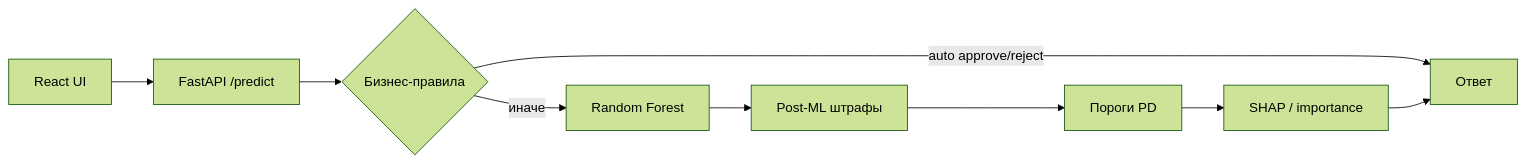
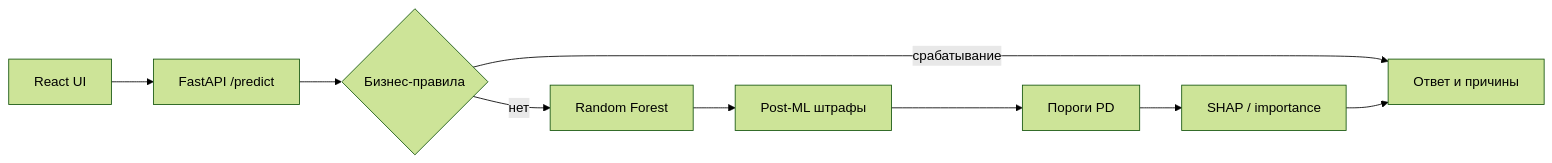
Before and after one commit to Goshansky/mirea-aie: the diagram in project/report.md, drawn with Mermaid (forest theme). The commit also changed other lines of this file and 12 other files, not shown here.

````diff
--- a/project/report.md
+++ b/project/report.md
@@ -213,11 +213,11 @@
 ```mermaid
 flowchart LR
     UI[React UI] --> API[FastAPI /predict]
     API --> BR{Бизнес-правила}
-    BR -->|auto approve/reject| OUT[Ответ]
-    BR -->|иначе| ML[Random Forest]
+    BR -->|срабатывание| OUT[Ответ и причины]
+    BR -->|нет| ML[Random Forest]
     ML --> ADJ[Post-ML штрафы]
     ADJ --> TH[Пороги PD]
     TH --> EXP[SHAP / importance]
     EXP --> OUT
 ```
````
